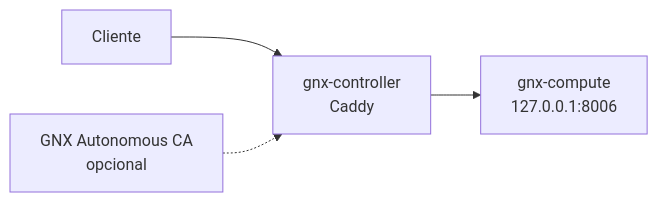
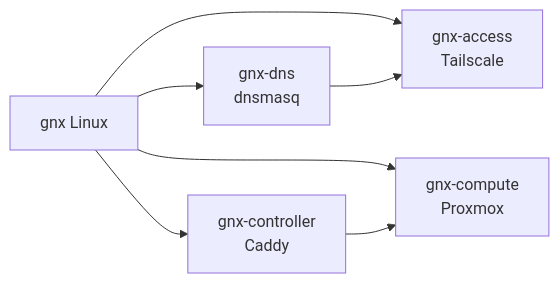
One commit to mayas-alas/quetzalcoatl changed the third of 4 diagrams in docs/arquitectura.md. Above: the diagram before and after it, drawn with Mermaid. The commit also changed other lines of this file and 22 other files, not shown here.

````diff
--- a/docs/arquitectura.md
+++ b/docs/arquitectura.md
@@ -204,7 +324,10 @@
 ```mermaid
 flowchart LR
-    CLIENT["Cliente"] --> CTRL["gnx-controller<br/>Caddy"]
-    CTRL --> CMP["gnx-compute<br/>127.0.0.1:8006"]
+    GNX["gnx Linux"] --> ACCESS["gnx-access<br/>Tailscale"]
+    GNX --> DNS["gnx-dns<br/>dnsmasq"]
+    GNX --> COMPUTE["gnx-compute<br/>Proxmox"]
+    GNX --> CTRL["gnx-controller<br/>Caddy"]
 
-    CA["GNX Autonomous CA<br/>opcional"] -.-> CTRL
+    DNS --> ACCESS
+    CTRL --> COMPUTE
 ```
````
